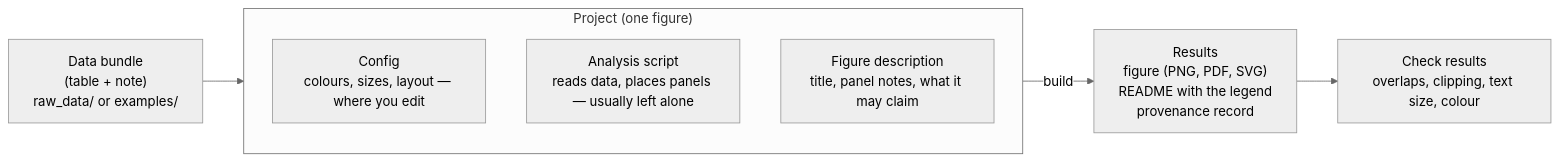
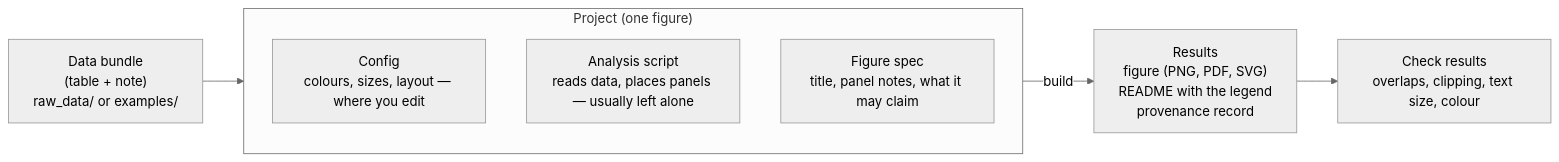
Before and after one commit to ibs-CMG-NGS/fig-atlas: the diagram in docs/guide/02-overview.md, drawn with Mermaid (neutral theme). The commit also changed other lines of this file and 12 other files, not shown here.

Commit message:
docs(i18n): reviewed terms -- "Three entry points", "Transparency in numbers, statistics and images", "figure spec" throughout

````diff
--- a/docs/guide/02-overview.md
+++ b/docs/guide/02-overview.md
@@ -15,11 +15,11 @@
 ```mermaid
 flowchart LR
     B["Data bundle<br/>(table + note)<br/>raw_data/ or examples/"] --> P
     subgraph P["Project (one figure)"]
         C["Config<br/>colours, sizes, layout — where you edit"]
         A["Analysis script<br/>reads data, places panels — usually left alone"]
-        S["Figure description<br/>title, panel notes, what it may claim"]
+        S["Figure spec<br/>title, panel notes, what it may claim"]
     end
     P -->|build| R["Results<br/>figure (PNG, PDF, SVG)<br/>README with the legend<br/>provenance record"]
     R --> K["Check results<br/>overlaps, clipping, text size, colour"]
 ```
````
